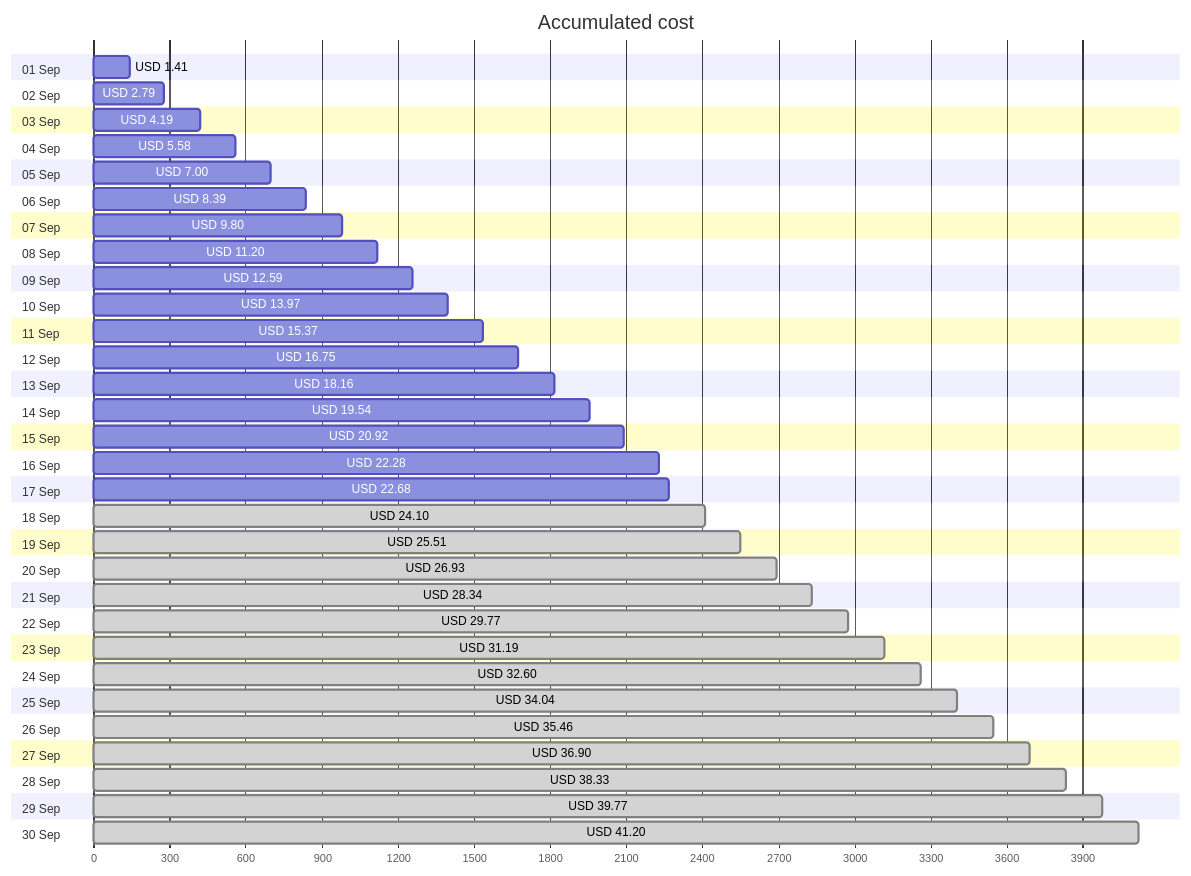
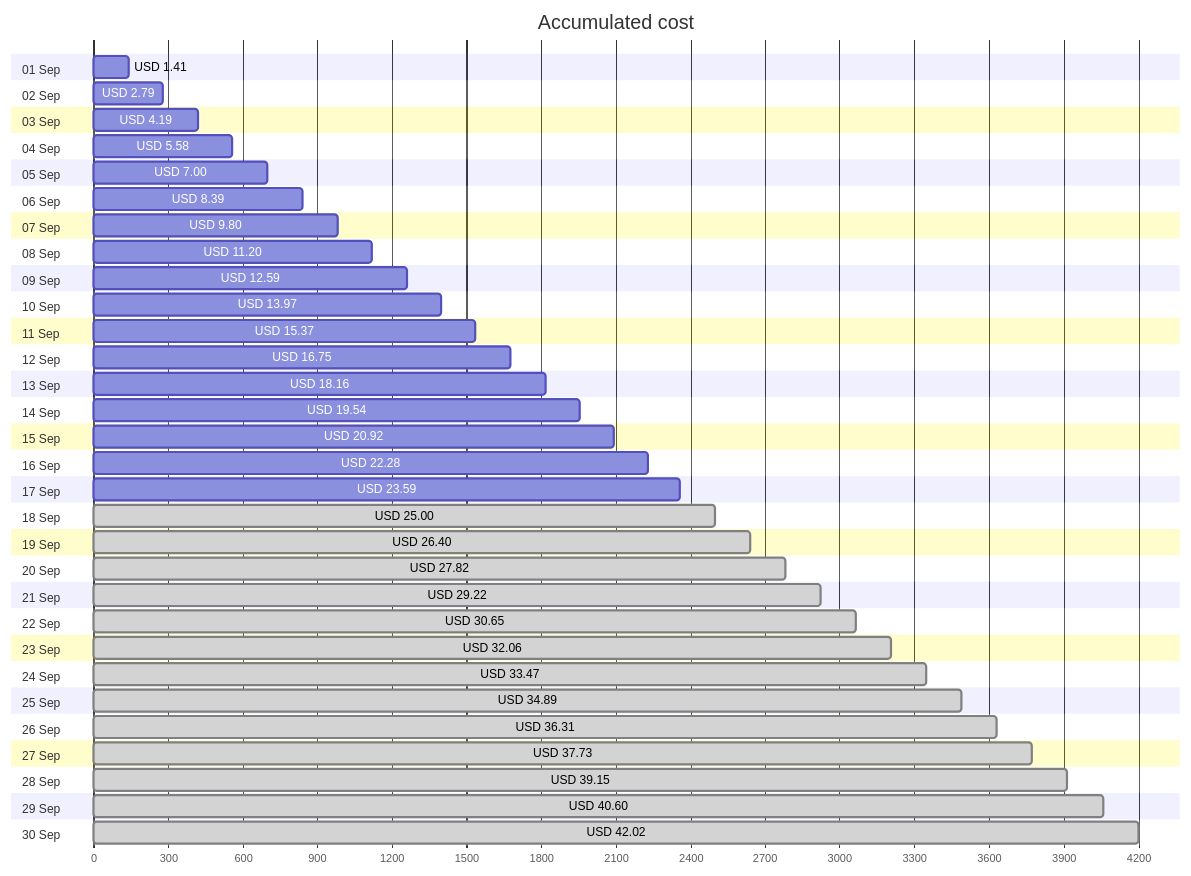
One commit to jpfulton/azure-personal-reports changed the first of 4 diagrams in cost-reports/personal-network/backup-data-disk.md. Above: the diagram before and after it, drawn with Mermaid. The commit also changed other lines of this file and 17 other files, not shown here.

````diff
--- a/cost-reports/personal-network/backup-data-disk.md
+++ b/cost-reports/personal-network/backup-data-disk.md
@@ -20,66 +20,66 @@
 ```mermaid
 gantt
    title Accumulated cost
    dateFormat  X
    axisFormat %s
    section 01 Sep
    USD 1.41 :0, 141
    section 02 Sep
    USD 2.79 :0, 279
    section 03 Sep
    USD 4.19 :0, 419
    section 04 Sep
    USD 5.58 :0, 558
    section 05 Sep
    USD 7.00 :0, 700
    section 06 Sep
    USD 8.39 :0, 839
    section 07 Sep
    USD 9.80 :0, 980
    section 08 Sep
    USD 11.20 :0, 1120
    section 09 Sep
    USD 12.59 :0, 1259
    section 10 Sep
    USD 13.97 :0, 1397
    section 11 Sep
    USD 15.37 :0, 1537
    section 12 Sep
    USD 16.75 :0, 1675
    section 13 Sep
    USD 18.16 :0, 1816
    section 14 Sep
    USD 19.54 :0, 1954
    section 15 Sep
    USD 20.92 :0, 2092
    section 16 Sep
    USD 22.28 :0, 2228
    section 17 Sep
-   USD 22.68 :0, 2268
+   USD 23.59 :0, 2359
    section 18 Sep
-   USD 24.10 : done, 0, 2410
+   USD 25.00 : done, 0, 2500
    section 19 Sep
-   USD 25.51 : done, 0, 2551
+   USD 26.40 : done, 0, 2640
    section 20 Sep
-   USD 26.93 : done, 0, 2693
+   USD 27.82 : done, 0, 2782
    section 21 Sep
-   USD 28.34 : done, 0, 2834
+   USD 29.22 : done, 0, 2922
    section 22 Sep
-   USD 29.77 : done, 0, 2977
+   USD 30.65 : done, 0, 3065
    section 23 Sep
-   USD 31.19 : done, 0, 3119
+   USD 32.06 : done, 0, 3206
    section 24 Sep
-   USD 32.60 : done, 0, 3260
+   USD 33.47 : done, 0, 3347
    section 25 Sep
-   USD 34.04 : done, 0, 3404
+   USD 34.89 : done, 0, 3489
    section 26 Sep
-   USD 35.46 : done, 0, 3546
+   USD 36.31 : done, 0, 3631
    section 27 Sep
-   USD 36.90 : done, 0, 3690
+   USD 37.73 : done, 0, 3773
    section 28 Sep
-   USD 38.33 : done, 0, 3833
+   USD 39.15 : done, 0, 3915
    section 29 Sep
-   USD 39.77 : done, 0, 3977
+   USD 40.60 : done, 0, 4060
    section 30 Sep
-   USD 41.20 : done, 0, 4120
+   USD 42.02 : done, 0, 4202
 ```
````
